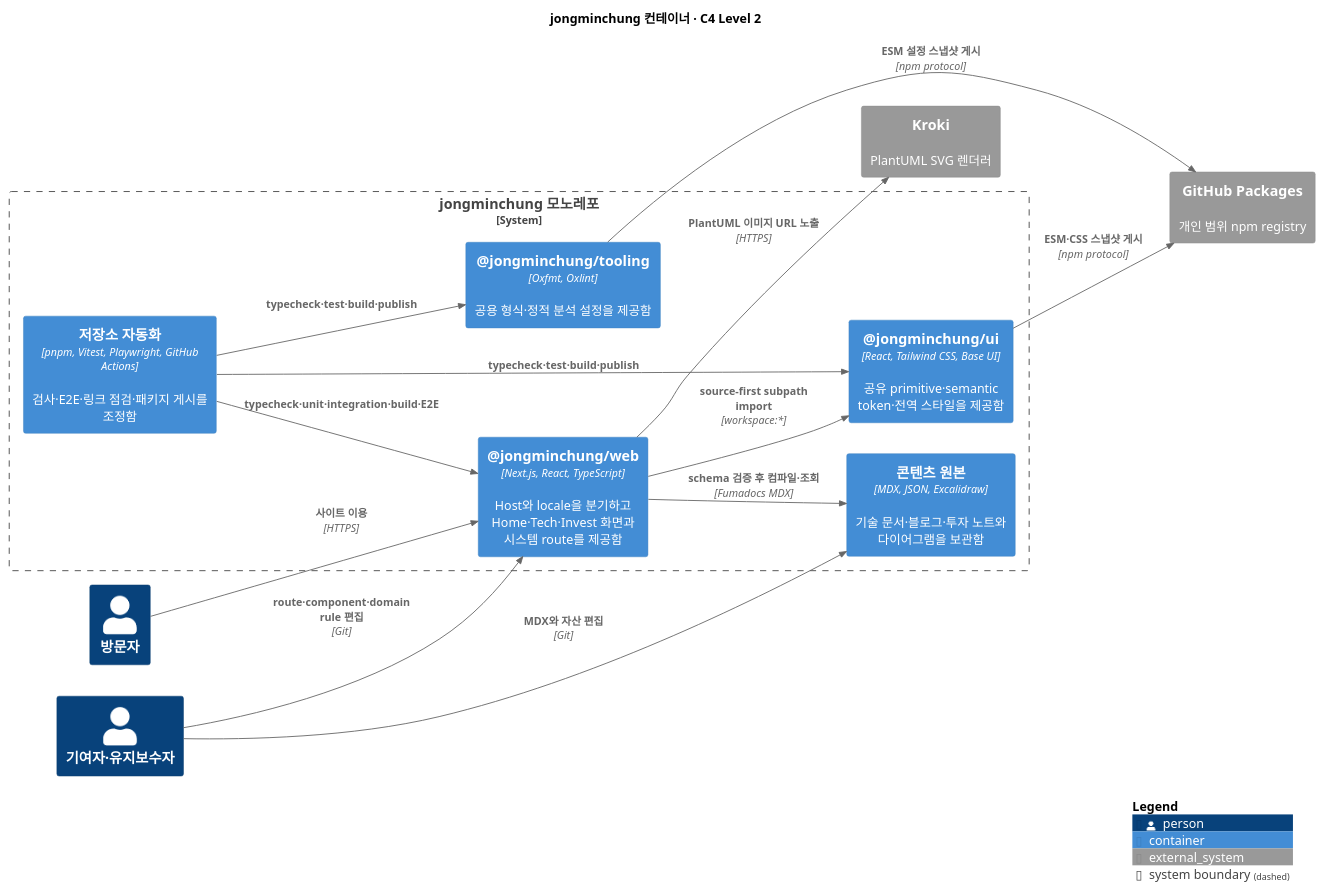
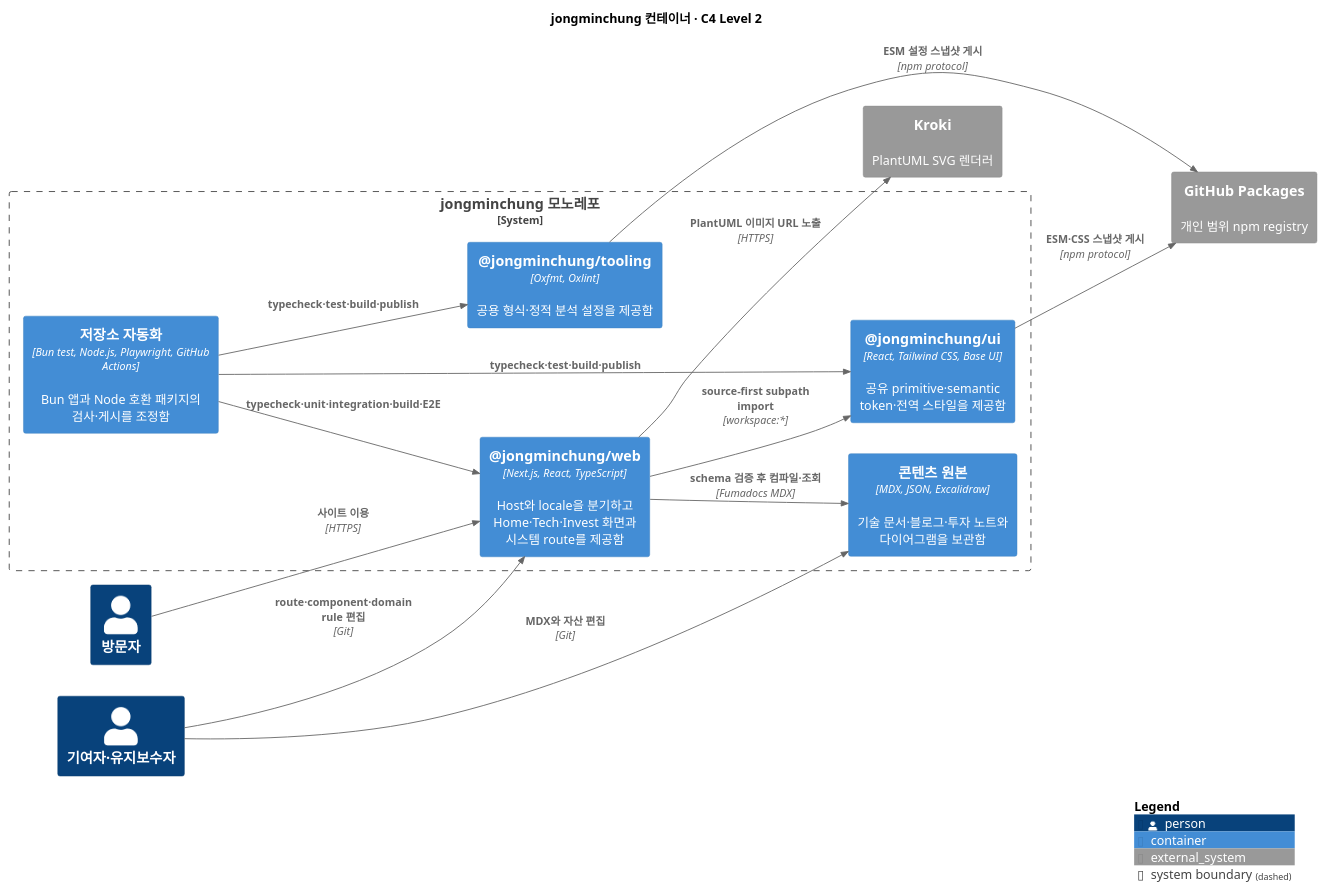
Before and after one commit to jongminchung/jongminchung: the diagram in docs/diagrams/onboarding-containers.puml, drawn with PlantUML. The commit also changed 241 other files, not shown here.

```diff
--- a/docs/diagrams/onboarding-containers.puml
+++ b/docs/diagrams/onboarding-containers.puml
@@ -1,34 +1,34 @@
 @startuml
 !include <C4/C4_Container>
 
 title jongminchung 컨테이너 · C4 Level 2
 
 LAYOUT_LEFT_RIGHT()
 
 Person(visitor, "방문자")
 Person(maintainer, "기여자·유지보수자")
 System_Ext(kroki, "Kroki", "PlantUML SVG 렌더러")
 System_Ext(packages, "GitHub Packages", "개인 범위 npm registry")
 
 System_Boundary(repository, "jongminchung 모노레포") {
   Container(web, "@jongminchung/web", "Next.js, React, TypeScript", "Host와 locale을 분기하고 Home·Tech·Invest 화면과 시스템 route를 제공함")
   Container(content, "콘텐츠 원본", "MDX, JSON, Excalidraw", "기술 문서·블로그·투자 노트와 다이어그램을 보관함")
   Container(ui, "@jongminchung/ui", "React, Tailwind CSS, Base UI", "공유 primitive·semantic token·전역 스타일을 제공함")
   Container(tooling, "@jongminchung/tooling", "Oxfmt, Oxlint", "공용 형식·정적 분석 설정을 제공함")
-  Container(automation, "저장소 자동화", "pnpm, Vitest, Playwright, GitHub Actions", "검사·E2E·링크 점검·패키지 게시를 조정함")
+  Container(automation, "저장소 자동화", "Bun test, Node.js, Playwright, GitHub Actions", "Bun 앱과 Node 호환 패키지의 검사·게시를 조정함")
 }
 
 Rel(visitor, web, "사이트 이용", "HTTPS")
 Rel(maintainer, content, "MDX와 자산 편집", "Git")
 Rel(maintainer, web, "route·component·domain rule 편집", "Git")
 Rel(web, content, "schema 검증 후 컴파일·조회", "Fumadocs MDX")
 Rel(web, ui, "source-first subpath import", "workspace:*")
 Rel(web, kroki, "PlantUML 이미지 URL 노출", "HTTPS")
 Rel(automation, web, "typecheck·unit·integration·build·E2E")
 Rel(automation, ui, "typecheck·test·build·publish")
 Rel(automation, tooling, "typecheck·test·build·publish")
 Rel(ui, packages, "ESM·CSS 스냅샷 게시", "npm protocol")
 Rel(tooling, packages, "ESM 설정 스냅샷 게시", "npm protocol")
 
 SHOW_LEGEND()
 @enduml
```
